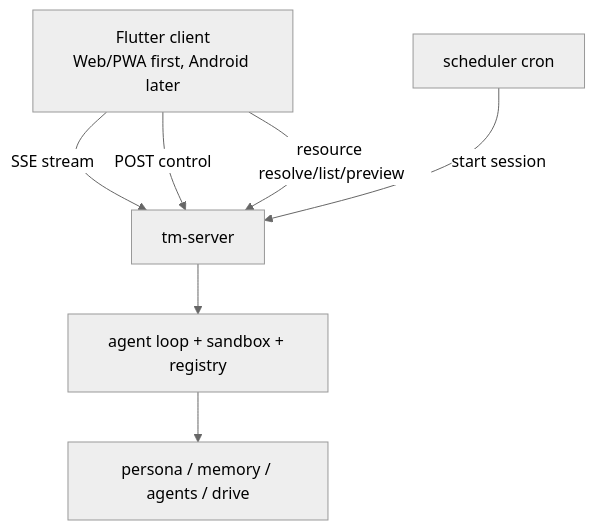
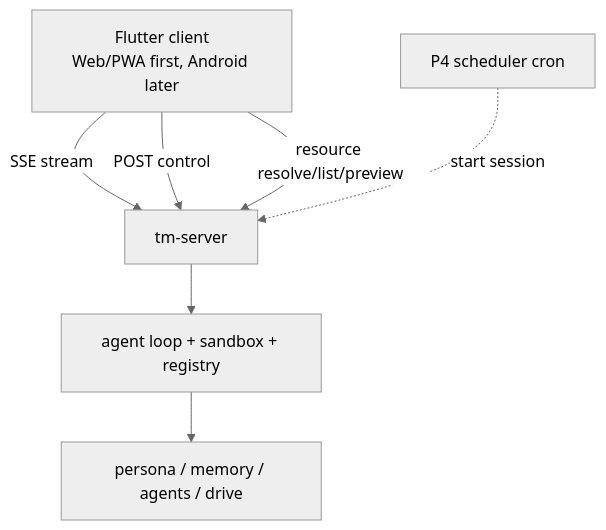
Before and after one commit to mozufu/TempestMiku: the diagram in docs/design/product/27-server-and-clients.md, drawn with Mermaid (neutral theme). The commit also changed other lines of this file and 12 other files, not shown here.

Commit message:
docs(docs/design): align specs with current roadmap

````diff
--- a/docs/design/product/27-server-and-clients.md
+++ b/docs/design/product/27-server-and-clients.md
@@ -32,9 +34,9 @@
 ```mermaid
 flowchart TD
   FLUTTER[Flutter client<br/>Web/PWA first, Android later] -->|SSE stream| SRV[tm-server]
   FLUTTER -->|POST control| SRV
   FLUTTER -->|resource resolve/list/preview| SRV
-  SCHED[scheduler cron] -->|start session| SRV
+  SCHED[P4 scheduler cron] -.start session.-> SRV
   SRV --> CORE[agent loop + sandbox + registry]
   CORE --> SUBS[persona / memory / agents / drive]
 ```
````
